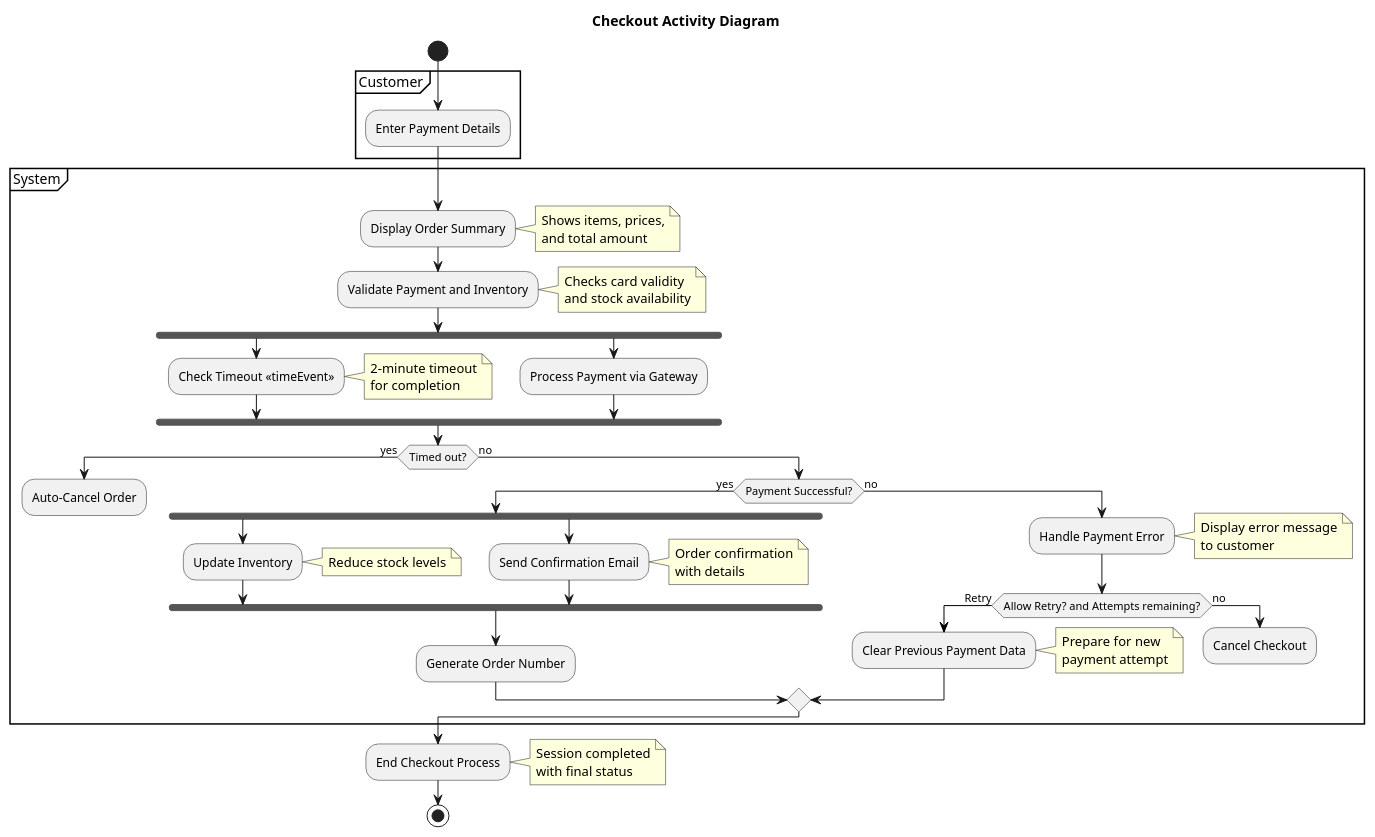
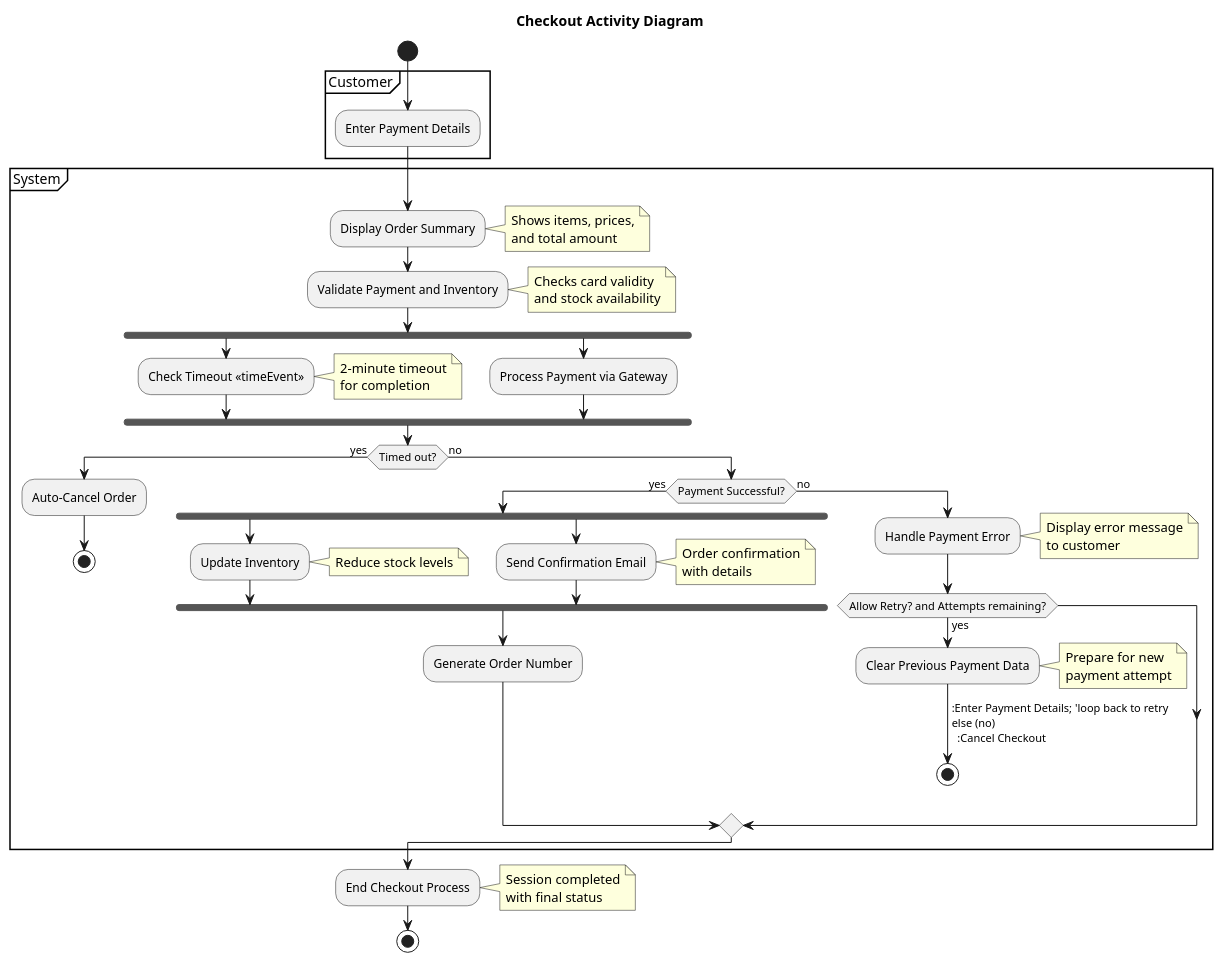
One commit to andikatjacobdennis/UML changed the diagram in activity/act.md. Above: the diagram before and after it, drawn with PlantUML. The commit also changed other lines of this file, not shown here.

````diff
--- a/activity/act.md
+++ b/activity/act.md
@@ -159,59 +159,50 @@
 ```plantuml
 @startuml
 title Checkout Activity Diagram
-
 start
-
 partition Customer {
   :Enter Payment Details;
 }
-
 partition System {
   :Display Order Summary;
   note right: Shows items, prices,\nand total amount
-
   :Validate Payment and Inventory;
   note right: Checks card validity\nand stock availability
-
   fork
     :Check Timeout <<timeEvent>>;
     note right: 2-minute timeout\nfor completion
   fork again
     :Process Payment via Gateway;
   end fork
-
   if (Timed out?) then (yes)
     :Auto-Cancel Order;
-    detach
+    stop
   else (no)
     if (Payment Successful?) then (yes)
       fork
         :Update Inventory;
         note right: Reduce stock levels
       fork again
         :Send Confirmation Email;
         note right: Order confirmation\nwith details
       end fork
       :Generate Order Number;
     else (no)
       :Handle Payment Error;
       note right: Display error message\nto customer
-
       if (Allow Retry? and Attempts remaining?) then (yes)
-        -[#black]-> Retry;
         :Clear Previous Payment Data;
         note right: Prepare for new\npayment attempt
+        -> :Enter Payment Details; 'loop back to retry
       else (no)
         :Cancel Checkout;
-        detach
+        stop
       endif
     endif
   endif
 }
-
 :End Checkout Process;
 note right: Session completed\nwith final status
-
 stop
 @enduml
 ```
````
